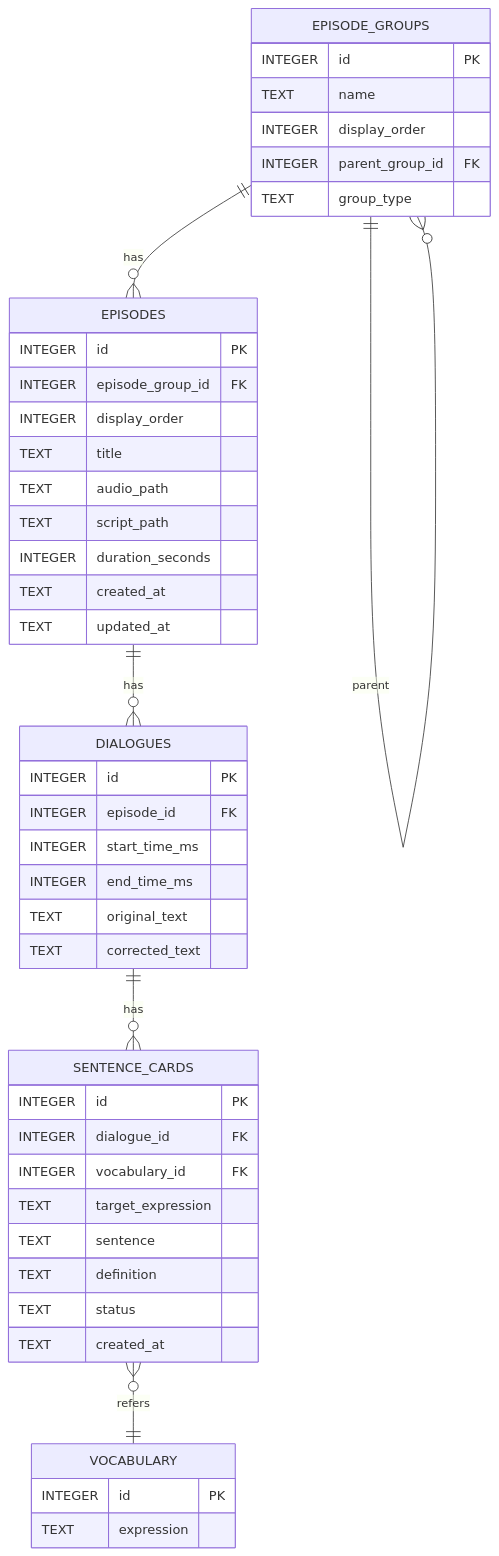
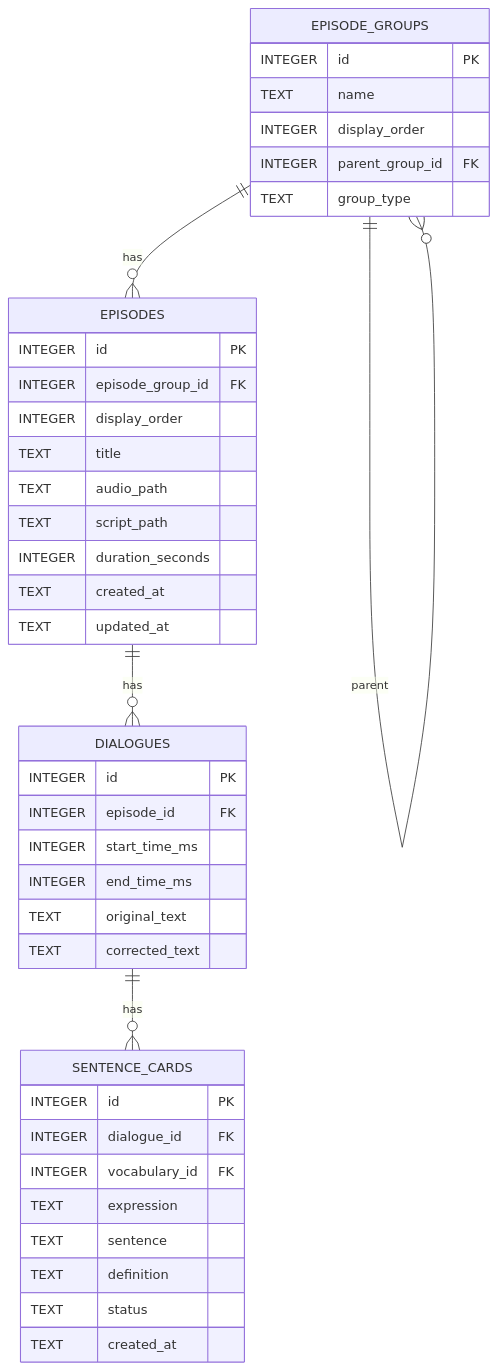
One commit to k5n/kotonoha changed the second of 2 diagrams in doc/technical_specifications.md. Above: the diagram before and after it, drawn with Mermaid. The commit also changed other lines of this file and 1 other file, not shown here.

Commit message:
doc: simplify vocabulary management and enhance sentence_cards table structure

````diff
--- a/doc/technical_specifications.md
+++ b/doc/technical_specifications.md
@@ -116,49 +116,44 @@
 ```mermaid
 erDiagram
     EPISODE_GROUPS {
         INTEGER id PK
         TEXT name
         INTEGER display_order
         INTEGER parent_group_id FK
         TEXT group_type
     }
     EPISODES {
         INTEGER id PK
         INTEGER episode_group_id FK
         INTEGER display_order
         TEXT title
         TEXT audio_path
         TEXT script_path
         INTEGER duration_seconds
         TEXT created_at
         TEXT updated_at
     }
     DIALOGUES {
         INTEGER id PK
         INTEGER episode_id FK
         INTEGER start_time_ms
         INTEGER end_time_ms
         TEXT original_text
         TEXT corrected_text
     }
     SENTENCE_CARDS {
         INTEGER id PK
         INTEGER dialogue_id FK
         INTEGER vocabulary_id FK
-        TEXT target_expression
+        TEXT expression
         TEXT sentence
         TEXT definition
         TEXT status
         TEXT created_at
-    }
-    VOCABULARY {
-        INTEGER id PK
-        TEXT expression
     }
 
     EPISODE_GROUPS ||--o{ EPISODE_GROUPS : "parent"
     EPISODE_GROUPS ||--o{ EPISODES : "has"
     EPISODES ||--o{ DIALOGUES : "has"
     DIALOGUES ||--o{ SENTENCE_CARDS : "has"
-    SENTENCE_CARDS }o--|| VOCABULARY : "refers"
 ```
````
